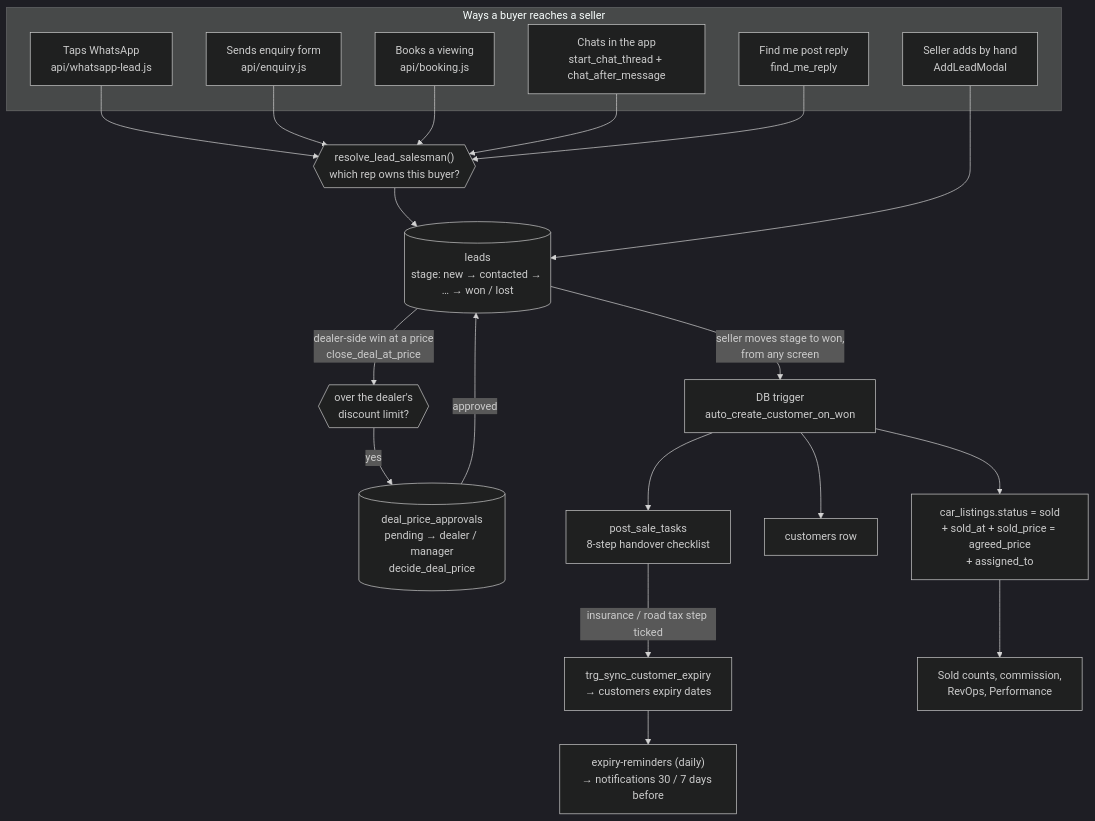
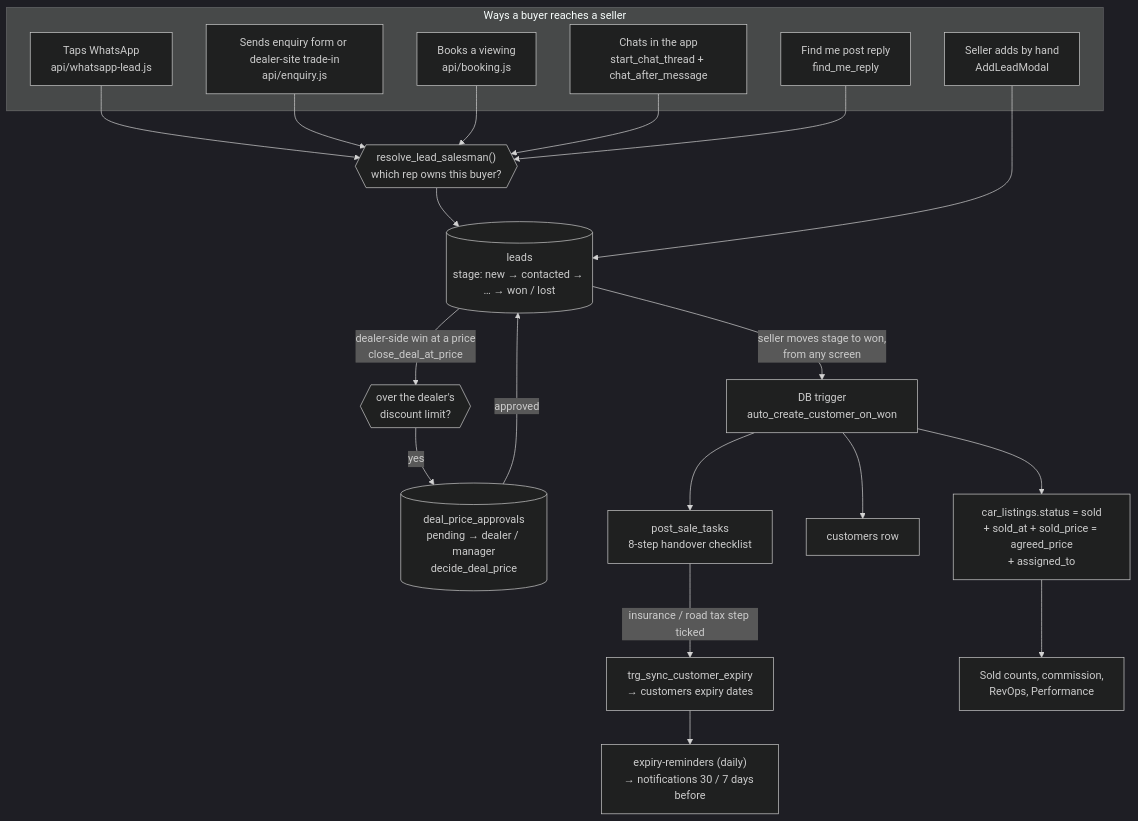
Before and after one commit to auzyvyth/ShiftOS: the second of 7 diagrams in docs/ARCHITECTURE.md, drawn with Mermaid (dark theme). The commit also changed 7 other files, not shown here.

First line of the commit message:
Dealer site: Trade in my car (STOREFRONT-1)

````diff
--- a/docs/ARCHITECTURE.md
+++ b/docs/ARCHITECTURE.md
@@ -102,29 +102,29 @@
 ```mermaid
 flowchart TD
   subgraph In["Ways a buyer reaches a seller"]
     W["Taps WhatsApp<br/>api/whatsapp-lead.js"]
-    E["Sends enquiry form<br/>api/enquiry.js"]
+    E["Sends enquiry form or dealer-site trade-in<br/>api/enquiry.js"]
     BK["Books a viewing<br/>api/booking.js"]
     CH["Chats in the app<br/>start_chat_thread + chat_after_message"]
     FM["Find me post reply<br/>find_me_reply"]
     MAN["Seller adds by hand<br/>AddLeadModal"]
   end
 
   R{{"resolve_lead_salesman()<br/>which rep owns this buyer?"}}
   L[("leads<br/>stage: new → contacted → … → won / lost")]
 
   W & E & BK & CH & FM --> R --> L
   MAN --> L
 
   L -->|dealer-side win at a price<br/>close_deal_at_price| G{{"over the dealer's<br/>discount limit?"}}
   G -->|yes| PA[("deal_price_approvals<br/>pending → dealer / manager<br/>decide_deal_price")]
   PA -->|approved| L
   L -->|seller moves stage to won,<br/>from any screen| T["DB trigger<br/>auto_create_customer_on_won"]
   T --> S1["car_listings.status = sold<br/>+ sold_at + sold_price = agreed_price<br/>+ assigned_to"]
   T --> S2["customers row"]
   T --> S3["post_sale_tasks<br/>8-step handover checklist"]
   S3 -->|insurance / road tax step ticked| X["trg_sync_customer_expiry<br/>→ customers expiry dates"]
   X --> RM["expiry-reminders (daily)<br/>→ notifications 30 / 7 days before"]
 
   S1 --> REP["Sold counts, commission,<br/>RevOps, Performance"]
 ```
````
